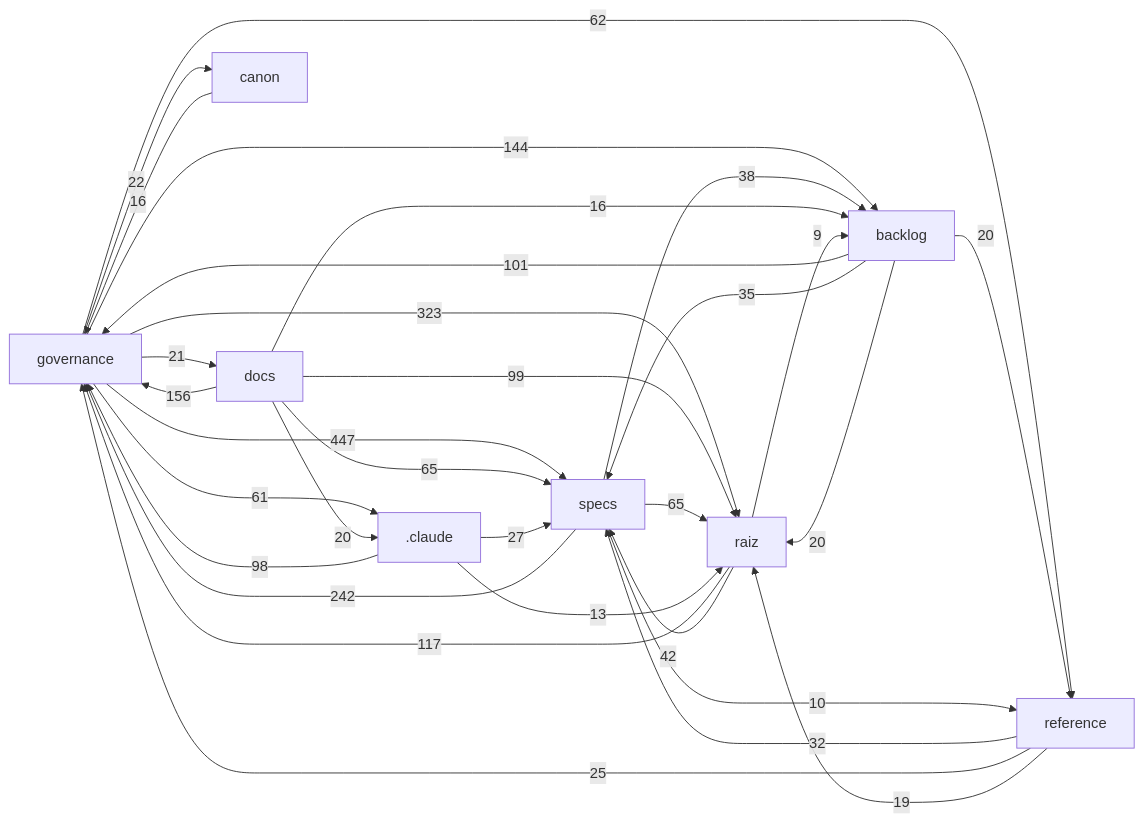
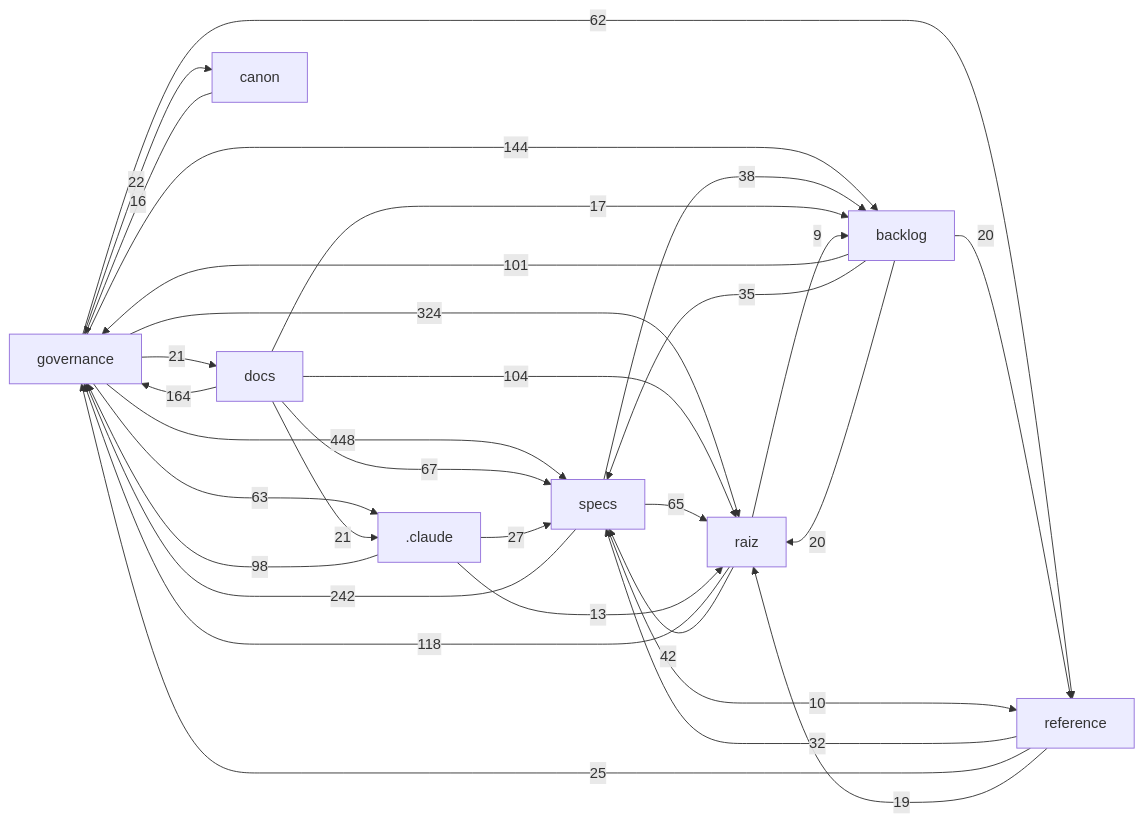
One commit to Andraus35/Sistema-Operacional-de-Trading--SOT changed the diagram in docs/mapa/MAPA-PROJETO.md. Above: the diagram before and after it, drawn with Mermaid. The commit also changed other lines of this file and 8 other files, not shown here.

````diff
--- a/docs/mapa/MAPA-PROJETO.md
+++ b/docs/mapa/MAPA-PROJETO.md
@@ -29,33 +29,33 @@
 ```mermaid
 flowchart LR
-  governance["governance"] -->|447| specs["specs"]
-  governance["governance"] -->|323| raiz["raiz"]
+  governance["governance"] -->|448| specs["specs"]
+  governance["governance"] -->|324| raiz["raiz"]
   specs["specs"] -->|242| governance["governance"]
-  docs["docs"] -->|156| governance["governance"]
+  docs["docs"] -->|164| governance["governance"]
   governance["governance"] -->|144| backlog["backlog"]
-  raiz["raiz"] -->|117| governance["governance"]
+  raiz["raiz"] -->|118| governance["governance"]
+  docs["docs"] -->|104| raiz["raiz"]
   backlog["backlog"] -->|101| governance["governance"]
-  docs["docs"] -->|99| raiz["raiz"]
   _claude[".claude"] -->|98| governance["governance"]
-  docs["docs"] -->|65| specs["specs"]
+  docs["docs"] -->|67| specs["specs"]
   specs["specs"] -->|65| raiz["raiz"]
+  governance["governance"] -->|63| _claude[".claude"]
   governance["governance"] -->|62| reference["reference"]
-  governance["governance"] -->|61| _claude[".claude"]
   raiz["raiz"] -->|42| specs["specs"]
   specs["specs"] -->|38| backlog["backlog"]
   backlog["backlog"] -->|35| specs["specs"]
   reference["reference"] -->|32| specs["specs"]
   _claude[".claude"] -->|27| specs["specs"]
   reference["reference"] -->|25| governance["governance"]
   governance["governance"] -->|22| canon["canon"]
+  docs["docs"] -->|21| _claude[".claude"]
   governance["governance"] -->|21| docs["docs"]
   backlog["backlog"] -->|20| raiz["raiz"]
   backlog["backlog"] -->|20| reference["reference"]
-  docs["docs"] -->|20| _claude[".claude"]
   reference["reference"] -->|19| raiz["raiz"]
+  docs["docs"] -->|17| backlog["backlog"]
   canon["canon"] -->|16| governance["governance"]
-  docs["docs"] -->|16| backlog["backlog"]
   _claude[".claude"] -->|13| raiz["raiz"]
   specs["specs"] -->|10| reference["reference"]
   raiz["raiz"] -->|9| backlog["backlog"]
 ```
````
